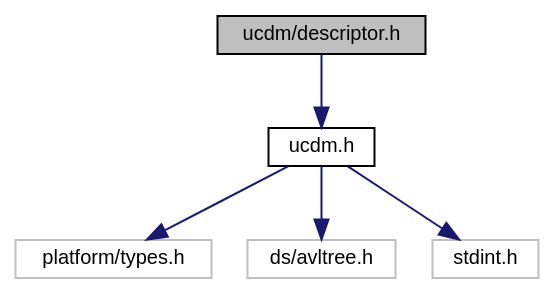
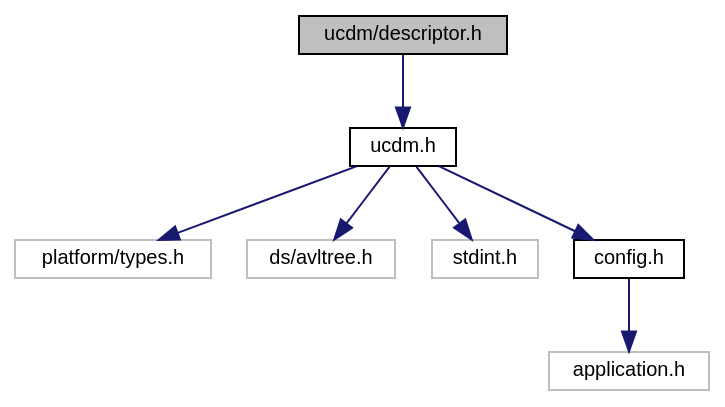
One commit to ebs-universe/piolib-ucdm changed the diagram in descriptor_8h__incl.dot. Above: the diagram before and after it, drawn with Graphviz. The commit also changed 86 other files, not shown here.

```diff
--- a/descriptor_8h__incl.dot
+++ b/descriptor_8h__incl.dot
@@ -1,17 +1,21 @@
 digraph "ucdm/descriptor.h"
 {
  // INTERACTIVE_SVG=YES
  // LATEX_PDF_SIZE
   bgcolor="transparent";
   edge [fontname="Helvetica",fontsize="10",labelfontname="Helvetica",labelfontsize="10"];
   node [fontname="Helvetica",fontsize="10",shape=record];
   Node1 [label="ucdm/descriptor.h",height=0.2,width=0.4,color="black", fillcolor="grey75", style="filled", fontcolor="black",tooltip="Descriptor type definitions."];
   Node1 -> Node2 [color="midnightblue",fontsize="10",style="solid",fontname="Helvetica"];
   Node2 [label="ucdm.h",height=0.2,width=0.4,color="black",URL="$ucdm_8h.html",tooltip="Interface and usage of the Unified Configuration and Data Manager."];
   Node2 -> Node3 [color="midnightblue",fontsize="10",style="solid",fontname="Helvetica"];
   Node3 [label="platform/types.h",height=0.2,width=0.4,color="grey75",tooltip=" "];
   Node2 -> Node4 [color="midnightblue",fontsize="10",style="solid",fontname="Helvetica"];
   Node4 [label="ds/avltree.h",height=0.2,width=0.4,color="grey75",tooltip=" "];
   Node2 -> Node5 [color="midnightblue",fontsize="10",style="solid",fontname="Helvetica"];
   Node5 [label="stdint.h",height=0.2,width=0.4,color="grey75",tooltip=" "];
+  Node2 -> Node6 [color="midnightblue",fontsize="10",style="solid",fontname="Helvetica"];
+  Node6 [label="config.h",height=0.2,width=0.4,color="black",URL="$config_8h_source.html",tooltip=" "];
+  Node6 -> Node7 [color="midnightblue",fontsize="10",style="solid",fontname="Helvetica"];
+  Node7 [label="application.h",height=0.2,width=0.4,color="grey75",tooltip=" "];
 }
```
